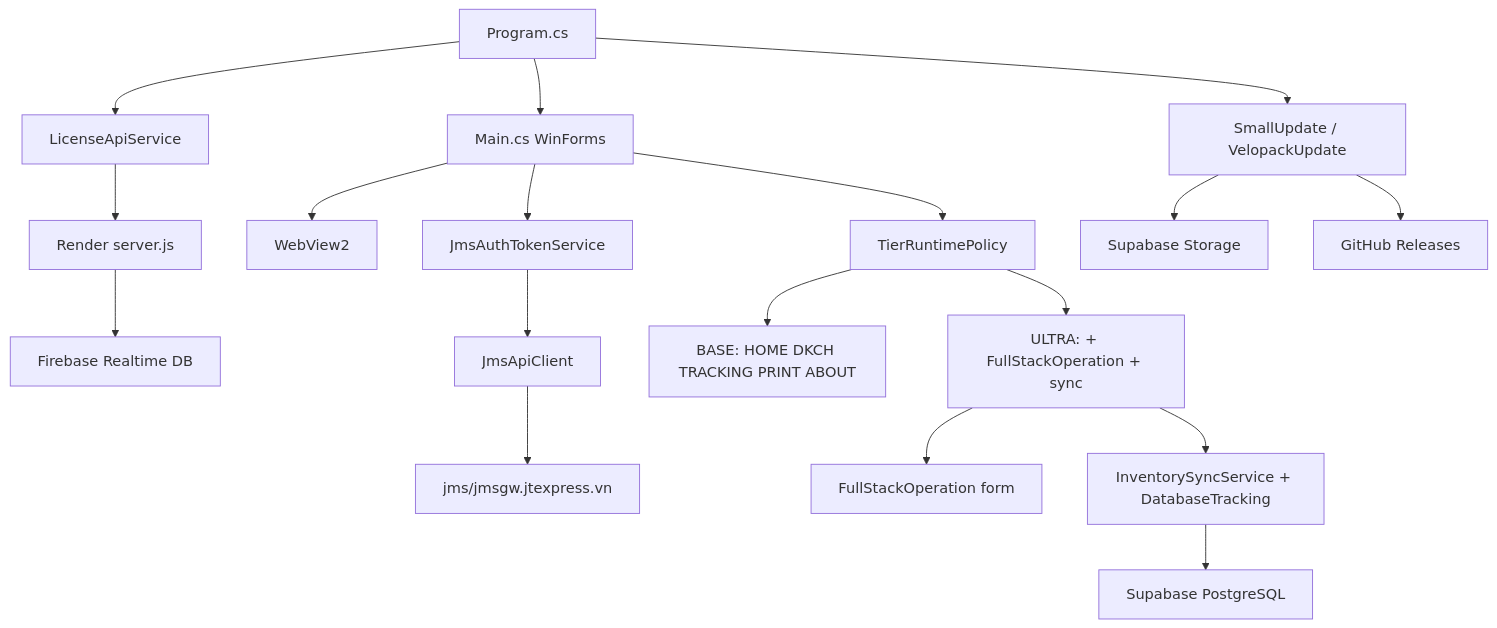
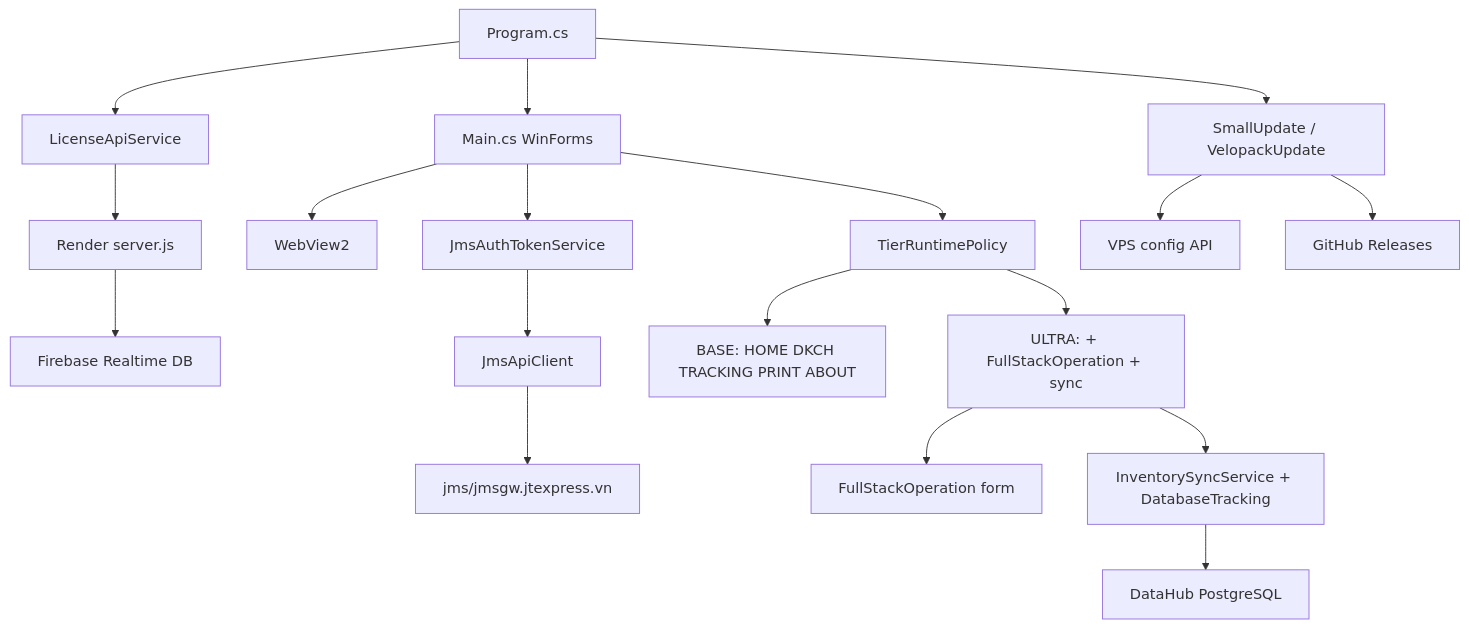
Before and after one commit to Datt03-sss/AutoJMS: the diagram in docs/agent/ARCHITECTURE.md, drawn with Mermaid. The commit also changed other lines of this file and 286 other files, not shown here.

Commit message:
refactor: remove legacy backend and route client through VPS API

````diff
--- a/docs/agent/ARCHITECTURE.md
+++ b/docs/agent/ARCHITECTURE.md
@@ -7,20 +7,20 @@
 ```mermaid
 flowchart TD
     Program["Program.cs"] --> License["LicenseApiService"]
     License --> Render["Render server.js"]
     Render --> Firebase["Firebase Realtime DB"]
     Program --> Main["Main.cs WinForms"]
     Main --> WebView["WebView2"]
     Main --> JmsAuth["JmsAuthTokenService"]
     JmsAuth --> JmsApi["JmsApiClient"]
     JmsApi --> JMS["jms/jmsgw.jtexpress.vn"]
     Main --> Tier["TierRuntimePolicy"]
     Tier --> Base["BASE: HOME DKCH TRACKING PRINT ABOUT"]
     Tier --> Ultra["ULTRA: + FullStackOperation + sync"]
     Ultra --> FullStack["FullStackOperation form"]
     Ultra --> Sync["InventorySyncService + DatabaseTracking"]
-    Sync --> SupabaseDb["Supabase PostgreSQL"]
+    Sync --> DataHubDb["DataHub PostgreSQL"]
     Program --> Updates["SmallUpdate / VelopackUpdate"]
-    Updates --> SupaStorage["Supabase Storage"]
+    Updates --> VpsStorage["VPS config API"]
     Updates --> GitHub["GitHub Releases"]
 ```
````
